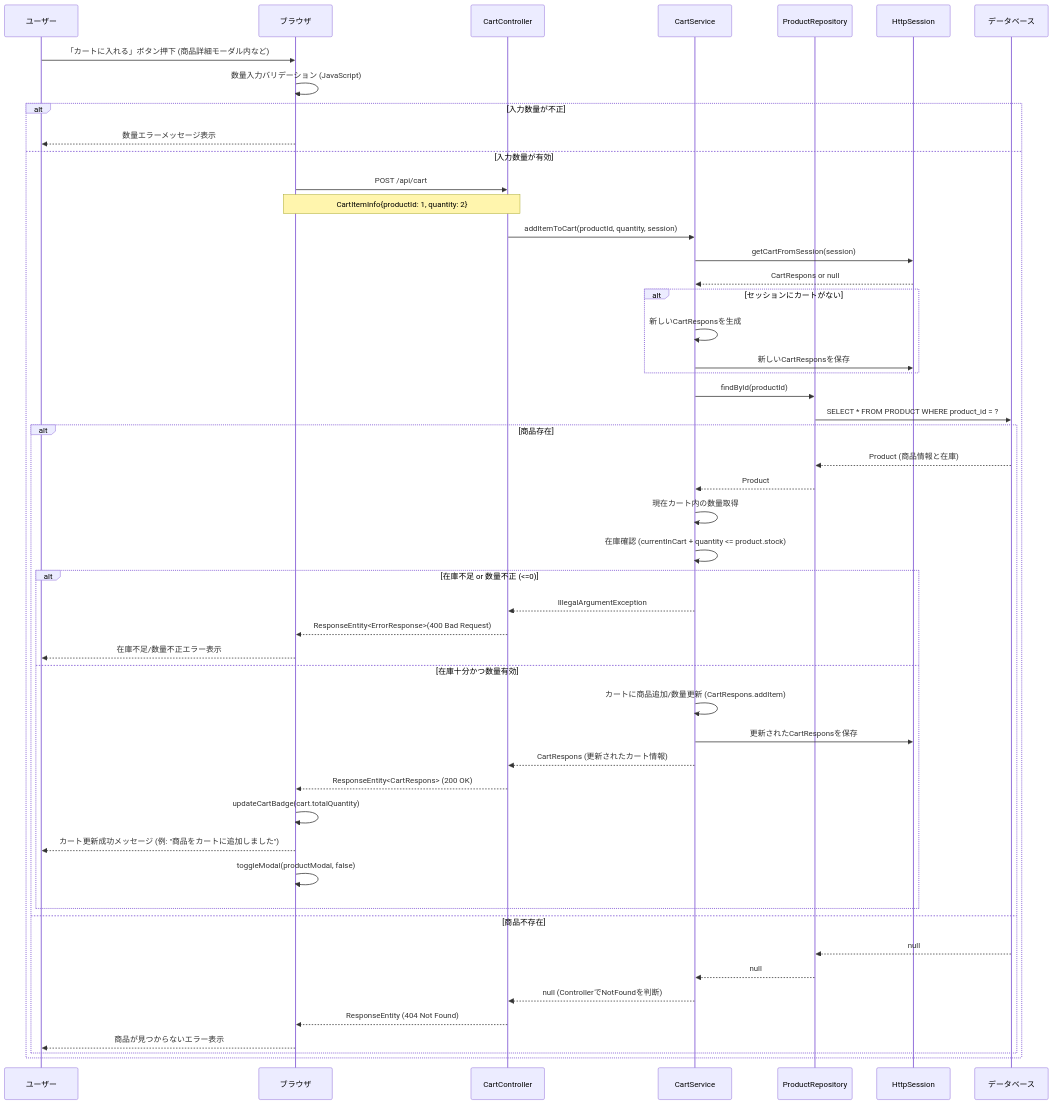
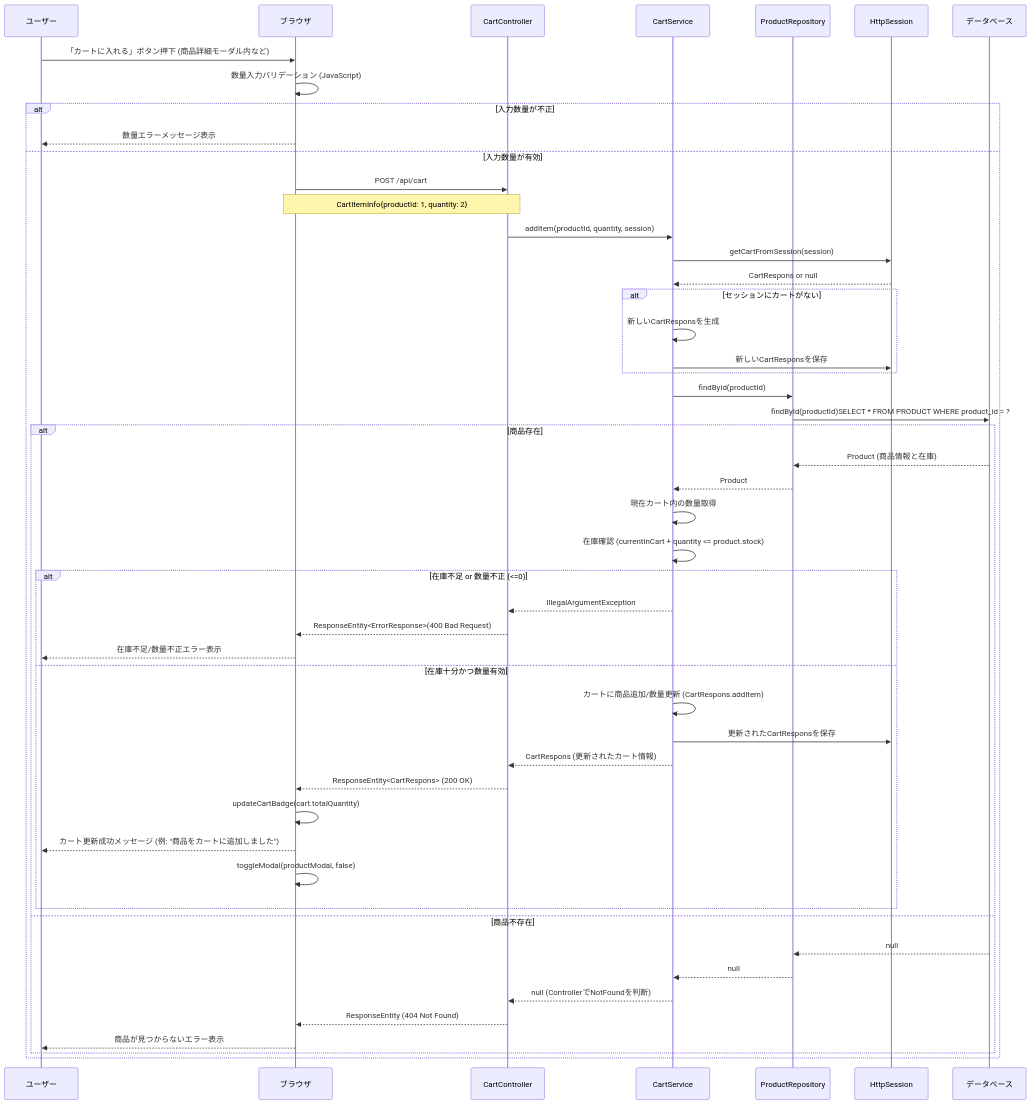
One commit to shogomaeda758/Bacon changed the sixth of 22 diagrams in 詳細設計/詳細設計書_v3.md. Above: the diagram before and after it, drawn with Mermaid. The commit also changed other lines of this file, not shown here.

````diff
--- a/詳細設計/詳細設計書_v3.md
+++ b/詳細設計/詳細設計書_v3.md
@@ -274,54 +272,54 @@
 ```mermaid
 sequenceDiagram
     participant U as ユーザー
     participant B as ブラウザ
     participant CC as CartController
     participant CS as CartService
     participant PR as ProductRepository
     participant S as HttpSession
     participant DB as データベース
 
     U->>B: 「カートに入れる」ボタン押下 (商品詳細モーダル内など)
     B->>B: 数量入力バリデーション (JavaScript)
     alt 入力数量が不正
         B-->>U: 数量エラーメッセージ表示
     else 入力数量が有効
         B->>CC: POST /api/cart
         Note over B,CC: CartItemInfo{productId: 1, quantity: 2}
-        CC->>CS: addItemToCart(productId, quantity, session)
+        CC->>CS: addItem(productId, quantity, session)
         CS->>S: getCartFromSession(session)
         S-->>CS: CartRespons or null
         alt セッションにカートがない
             CS->>CS: 新しいCartResponsを生成
             CS->>S: 新しいCartResponsを保存
         end
         CS->>PR: findById(productId)
-        PR->>DB: SELECT * FROM PRODUCT WHERE product_id = ?
+        PR->>DB: findById(productId)SELECT * FROM PRODUCT WHERE product_id = ?
         
         alt 商品存在
             DB-->>PR: Product (商品情報と在庫)
             PR-->>CS: Product
             CS->>CS: 現在カート内の数量取得
             CS->>CS: 在庫確認 (currentInCart + quantity <= product.stock)
             alt 在庫不足 or 数量不正 (<=0)
                 CS-->>CC: IllegalArgumentException
                 CC-->>B: ResponseEntity<ErrorResponse>(400 Bad Request)
                 B-->>U: 在庫不足/数量不正エラー表示
             else 在庫十分かつ数量有効
                 CS->>CS: カートに商品追加/数量更新 (CartRespons.addItem)
                 CS->>S: 更新されたCartResponsを保存
                 CS-->>CC: CartRespons (更新されたカート情報)
                 CC-->>B: ResponseEntity<CartRespons> (200 OK)
                 B->>B: updateCartBadge(cart.totalQuantity)
                 B-->>U: カート更新成功メッセージ (例: "商品をカートに追加しました")
                 B->>B: toggleModal(productModal, false)
             end
         else 商品不存在
             DB-->>PR: null
             PR-->>CS: null
             CS-->>CC: null (ControllerでNotFoundを判断)
             CC-->>B: ResponseEntity (404 Not Found)
             B-->>U: 商品が見つからないエラー表示
         end
     end
 ```
````
